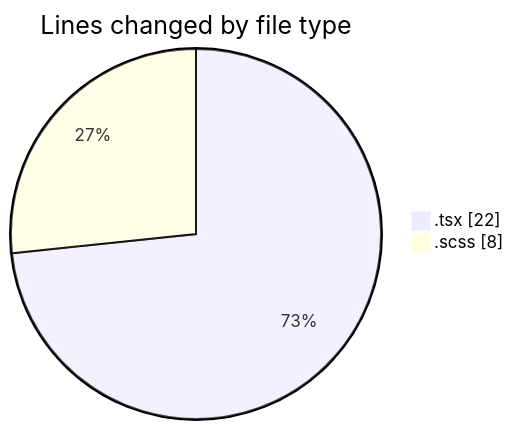
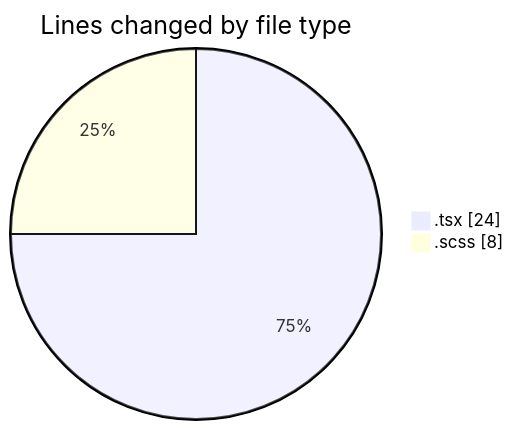
One commit to momahboobian/code-tracking changed the first of 2 diagrams in 2026-08-26/cda/README.md. Above: the diagram before and after it, drawn with Mermaid. The commit also changed other lines of this file and 1 other file, not shown here.

````diff
--- a/2026-08-26/cda/README.md
+++ b/2026-08-26/cda/README.md
@@ -21,6 +21,6 @@
 ```mermaid
 pie showData
 title Lines changed by file type
-".tsx" : 22
+".tsx" : 24
 ".scss" : 8
 ```
````
